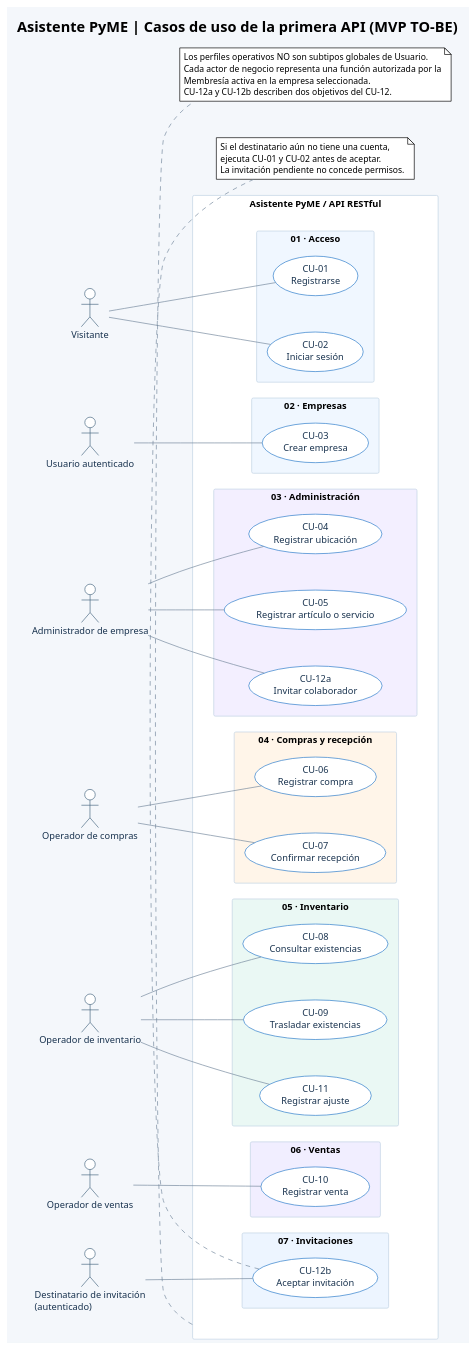
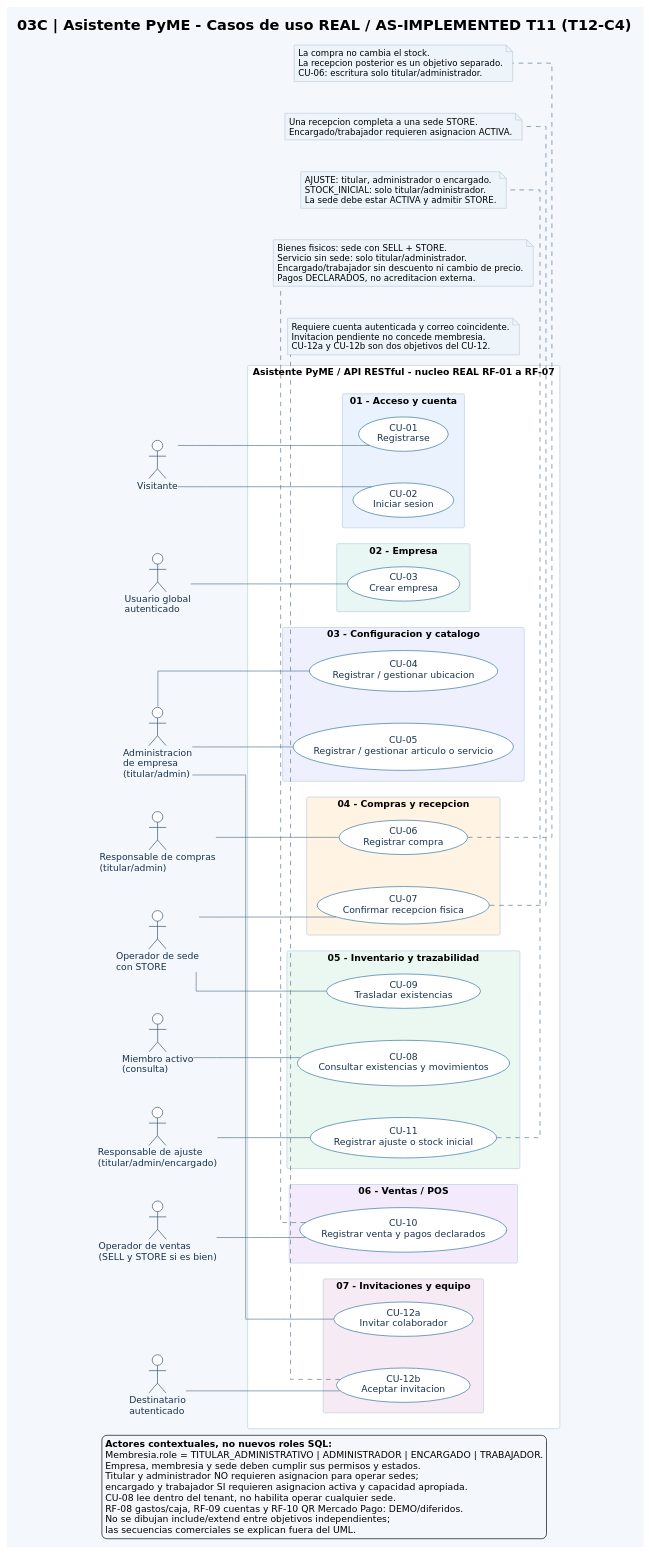
Before and after one commit to Jorge10192/TP-Programacion2-UNSAM-2C2026: the diagram in plataforma-pyme/entrega-programacion-2/diagramas/03C_CASOS_DE_USO.puml, drawn with PlantUML. The commit also changed 2 other files, not shown here.

Commit message:
docs(t12-c4): publicar 03C aprobado (casos de uso, guía y SVG)

```diff
--- a/plataforma-pyme/entrega-programacion-2/diagramas/03C_CASOS_DE_USO.puml
+++ b/plataforma-pyme/entrega-programacion-2/diagramas/03C_CASOS_DE_USO.puml
@@ -1,88 +1,124 @@
 @startuml
-' 03C v0.3 - Asistente PyME / primera API, modelo conceptual TO-BE.
-' Esta fuente PlantUML conserva todas las relaciones UML del diseño vectorial.
-' PlantUML calcula su propio layout; para reproducir exactamente el diseño
-' editorial de la entrega, usar el SVG o generar_03c_svg.py incluido.
+' 03C v2.1 | E2-7 T12-C4 | AS-IMPLEMENTED T11
+' Corte: main c6a77137cf82dcb9aad225645e84b1265b1da3ec (PR #45).
+' Fuente UML editable. El SVG editorial adjunto es una visualizacion equivalente,
+' no un render literal de PlantUML ni un diagrama de tablas.
 !theme plain
+skinparam backgroundColor #F4F7FB
 skinparam shadowing false
-skinparam backgroundColor #F4F7FB
 skinparam packageStyle rectangle
-skinparam nodesep 55
-skinparam ranksep 48
-skinparam ArrowColor #71869A
-skinparam ActorBorderColor #45667F
-skinparam ActorFontColor #18324E
+skinparam linetype ortho
+skinparam nodesep 48
+skinparam ranksep 56
+skinparam defaultFontName "DejaVu Sans"
+skinparam ArrowColor #58758E
+skinparam ActorBorderColor #35526B
+skinparam ActorFontColor #17314D
 skinparam UsecaseBackgroundColor #FFFFFF
-skinparam UsecaseBorderColor #2678C9
+skinparam UsecaseBorderColor #2E729D
 skinparam UsecaseFontColor #18324E
-skinparam PackageBorderColor #BFD1E3
-skinparam PackageFontColor #18324E
+skinparam PackageBorderColor #B9CEE0
+skinparam PackageFontColor #17314D
+skinparam NoteBackgroundColor #EDF4FA
+skinparam NoteBorderColor #BFCFDD
 left to right direction
 
-title Asistente PyME | Casos de uso de la primera API (MVP TO-BE)
+title 03C | Asistente PyME - Casos de uso REAL / AS-IMPLEMENTED T11 (T12-C4)
 
-actor Visitante as V
-actor "Usuario autenticado" as U
-actor "Administrador de empresa" as ADM
-actor "Operador de compras" as COM
-actor "Operador de inventario" as INV
-actor "Operador de ventas" as VEN
-actor "Destinatario de invitación\n(autenticado)" as DEST
+' Actores: funciones externas, no clases ni roles persistidos adicionales.
+actor "Visitante" as V
+actor "Usuario global\nautenticado" as U
+actor "Administracion\nde empresa\n(titular/admin)" as ADM
+actor "Responsable de compras\n(titular/admin)" as COM
+actor "Operador de sede\ncon STORE" as STO
+actor "Miembro activo\n(consulta)" as LEC
+actor "Responsable de ajuste\n(titular/admin/encargado)" as AJU
+actor "Operador de ventas\n(SELL y STORE si es bien)" as VEN
+actor "Destinatario\nautenticado" as DES
 
-rectangle "Asistente PyME / API RESTful" as SYSTEM {
-  package "01 · Acceso" #F0F7FF {
+rectangle "Asistente PyME / API RESTful - nucleo REAL RF-01 a RF-07" as SISTEMA {
+  package "01 - Acceso y cuenta" #EAF3FD {
     usecase "CU-01\nRegistrarse" as UC01
-    usecase "CU-02\nIniciar sesión" as UC02
+    usecase "CU-02\nIniciar sesion" as UC02
   }
-  package "02 · Empresas" #F0F7FF {
+  package "02 - Empresa" #E8F7F3 {
     usecase "CU-03\nCrear empresa" as UC03
   }
-  package "03 · Administración" #F3EFFF {
-    usecase "CU-04\nRegistrar ubicación" as UC04
-    usecase "CU-05\nRegistrar artículo o servicio" as UC05
+  package "03 - Configuracion y catalogo" #EEF1FD {
+    usecase "CU-04\nRegistrar / gestionar ubicacion" as UC04
+    usecase "CU-05\nRegistrar / gestionar articulo o servicio" as UC05
+  }
+  package "04 - Compras y recepcion" #FFF4E4 {
+    usecase "CU-06\nRegistrar compra" as UC06
+    usecase "CU-07\nConfirmar recepcion fisica" as UC07
+  }
+  package "05 - Inventario y trazabilidad" #EAF8F1 {
+    usecase "CU-08\nConsultar existencias y movimientos" as UC08
+    usecase "CU-09\nTrasladar existencias" as UC09
+    usecase "CU-11\nRegistrar ajuste o stock inicial" as UC11
+  }
+  package "06 - Ventas / POS" #F3EBFC {
+    usecase "CU-10\nRegistrar venta y pagos declarados" as UC10
+  }
+  package "07 - Invitaciones y equipo" #F6EAF5 {
     usecase "CU-12a\nInvitar colaborador" as UC12A
-  }
-  package "04 · Compras y recepción" #FFF5E9 {
-    usecase "CU-06\nRegistrar compra" as UC06
-    usecase "CU-07\nConfirmar recepción" as UC07
-  }
-  package "05 · Inventario" #EAF8F4 {
-    usecase "CU-08\nConsultar existencias" as UC08
-    usecase "CU-09\nTrasladar existencias" as UC09
-    usecase "CU-11\nRegistrar ajuste" as UC11
-  }
-  package "06 · Ventas" #F1EEFF {
-    usecase "CU-10\nRegistrar venta" as UC10
-  }
-  package "07 · Invitaciones" #EDF5FF {
-    usecase "CU-12b\nAceptar invitación" as UC12B
+    usecase "CU-12b\nAceptar invitacion" as UC12B
   }
 }
 
 V -- UC01
 V -- UC02
 U -- UC03
 ADM -- UC04
 ADM -- UC05
 ADM -- UC12A
 COM -- UC06
-COM -- UC07
-INV -- UC08
-INV -- UC09
-INV -- UC11
+STO -- UC07
+STO -- UC09
+LEC -- UC08
+AJU -- UC11
 VEN -- UC10
-DEST -- UC12B
+DES -- UC12B
+
+note bottom of UC06
+  La compra no cambia el stock.
+  La recepcion posterior es un objetivo separado.
+  CU-06: escritura solo titular/administrador.
+end note
+
+note bottom of UC07
+  Una recepcion completa a una sede STORE.
+  Encargado/trabajador requieren asignacion ACTIVA.
+end note
+
+note bottom of UC11
+  AJUSTE: titular, administrador o encargado.
+  STOCK_INICIAL: solo titular/administrador.
+  La sede debe estar ACTIVA y admitir STORE.
+end note
+
+note bottom of UC10
+  Bienes fisicos: sede con SELL + STORE.
+  Servicio sin sede: solo titular/administrador.
+  Encargado/trabajador sin descuento ni cambio de precio.
+  Pagos DECLARADOS, no acreditacion externa.
+end note
 
 note bottom of UC12B
-  Si el destinatario aún no tiene una cuenta,
-  ejecuta CU-01 y CU-02 antes de aceptar.
-  La invitación pendiente no concede permisos.
+  Requiere cuenta autenticada y correo coincidente.
+  Invitacion pendiente no concede membresia.
+  CU-12a y CU-12b son dos objetivos del CU-12.
 end note
 
-note bottom of SYSTEM
-  Los perfiles operativos NO son subtipos globales de Usuario.
-  Cada actor de negocio representa una función autorizada por la
-  Membresía activa en la empresa seleccionada.
-  CU-12a y CU-12b describen dos objetivos del CU-12.
-end note
+legend bottom
+  **Actores contextuales, no nuevos roles SQL:**
+  Membresia.role = TITULAR_ADMINISTRATIVO | ADMINISTRADOR | ENCARGADO | TRABAJADOR.
+  Empresa, membresia y sede deben cumplir sus permisos y estados.
+  Titular y administrador NO requieren asignacion para operar sedes;
+  encargado y trabajador SI requieren asignacion activa y capacidad apropiada.
+  CU-08 lee dentro del tenant, no habilita operar cualquier sede.
+  RF-08 gastos/caja, RF-09 cuentas y RF-10 QR Mercado Pago: DEMO/diferidos.
+  No se dibujan include/extend entre objetivos independientes;
+  las secuencias comerciales se explican fuera del UML.
+endlegend
 @enduml
```
